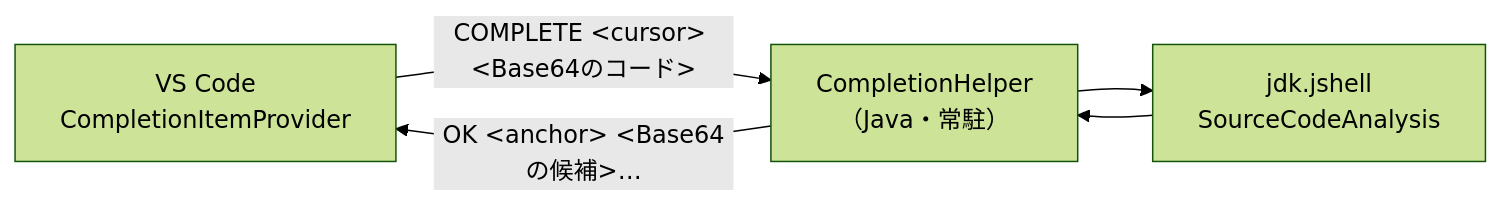
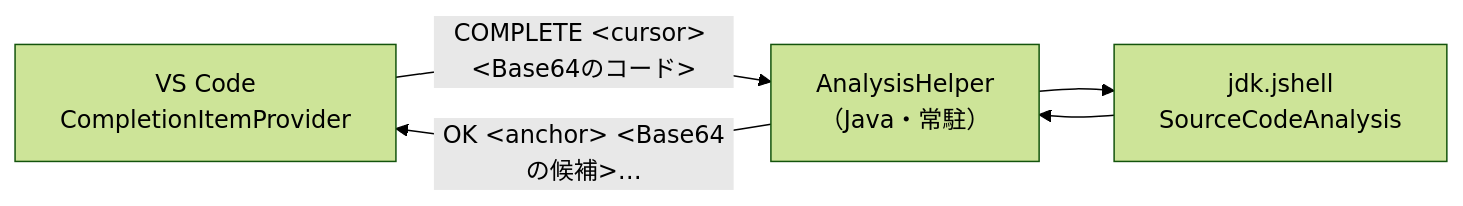
One commit to ksp-kitam/JavaCodeSelectionRunner changed the diagram in documents/completion.md. Above: the diagram before and after it, drawn with Mermaid (forest theme). The commit also changed other lines of this file and 19 other files, not shown here.

````diff
--- a/documents/completion.md
+++ b/documents/completion.md
@@ -23,11 +23,11 @@
 ```mermaid
 graph LR
   VSCODE["VS Code<br/>CompletionItemProvider"]
-  HELPER["CompletionHelper<br/>（Java・常駐）"]
+  HELPER["AnalysisHelper<br/>（Java・常駐）"]
   JSHELL["jdk.jshell<br/>SourceCodeAnalysis"]
 
   VSCODE -->|"COMPLETE &lt;cursor&gt; &lt;Base64のコード&gt;"| HELPER
   HELPER --> JSHELL
   JSHELL --> HELPER
   HELPER -->|"OK &lt;anchor&gt; &lt;Base64の候補&gt;…"| VSCODE
 ```
````
